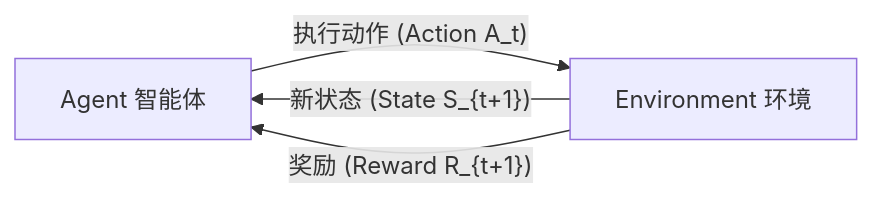
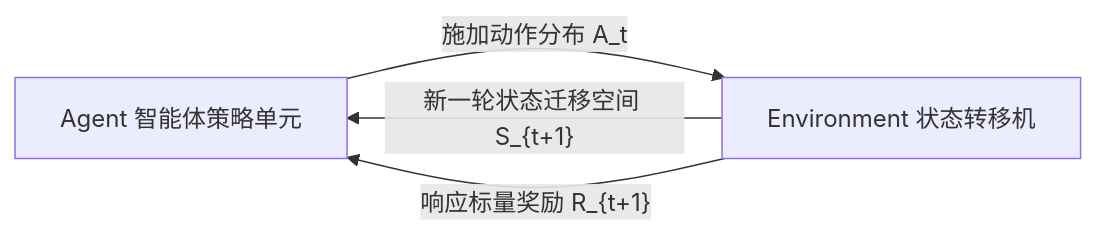
Before and after one commit to justahorsem/justahorsem.github.io: the second of 3 diagrams in _posts/2026-04-06-RL-basic-summary.md, drawn with Mermaid. The commit also changed other lines of this file and 1 other file, not shown here.

````diff
--- a/_posts/2026-04-06-RL-basic-summary.md
+++ b/_posts/2026-04-06-RL-basic-summary.md
@@ -103,6 +76,6 @@
 ```mermaid
 graph LR
-    AGENT["Agent 智能体"] -- "执行动作 (Action A_t)" --> ENV["Environment 环境"]
-    ENV -- "新状态 (State S_{t+1})" --> AGENT
-    ENV -- "奖励 (Reward R_{t+1})" --> AGENT
+    AGENT["Agent 智能体策略单元"] -- "施加动作分布 A_t" --> ENV["Environment 状态转移机"]
+    ENV -- "新一轮状态迁移空间 S_{t+1}" --> AGENT
+    ENV -- "响应标量奖励 R_{t+1}" --> AGENT
 ```
````
